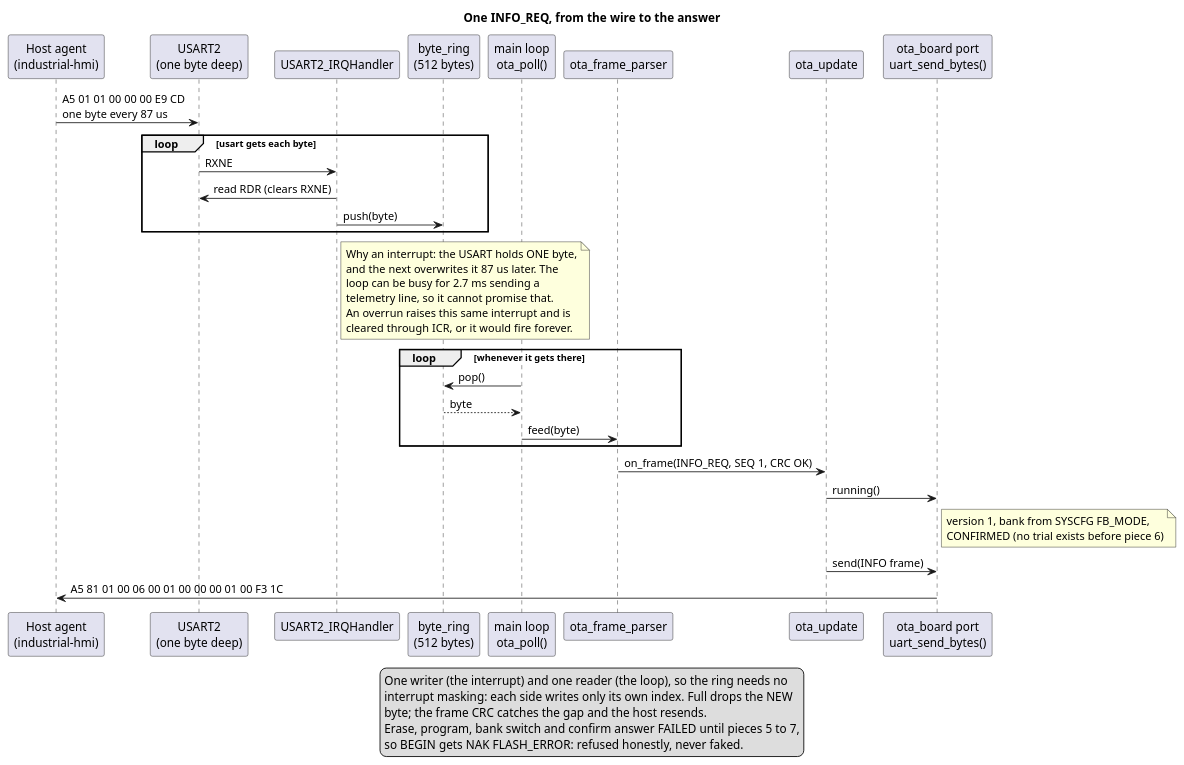
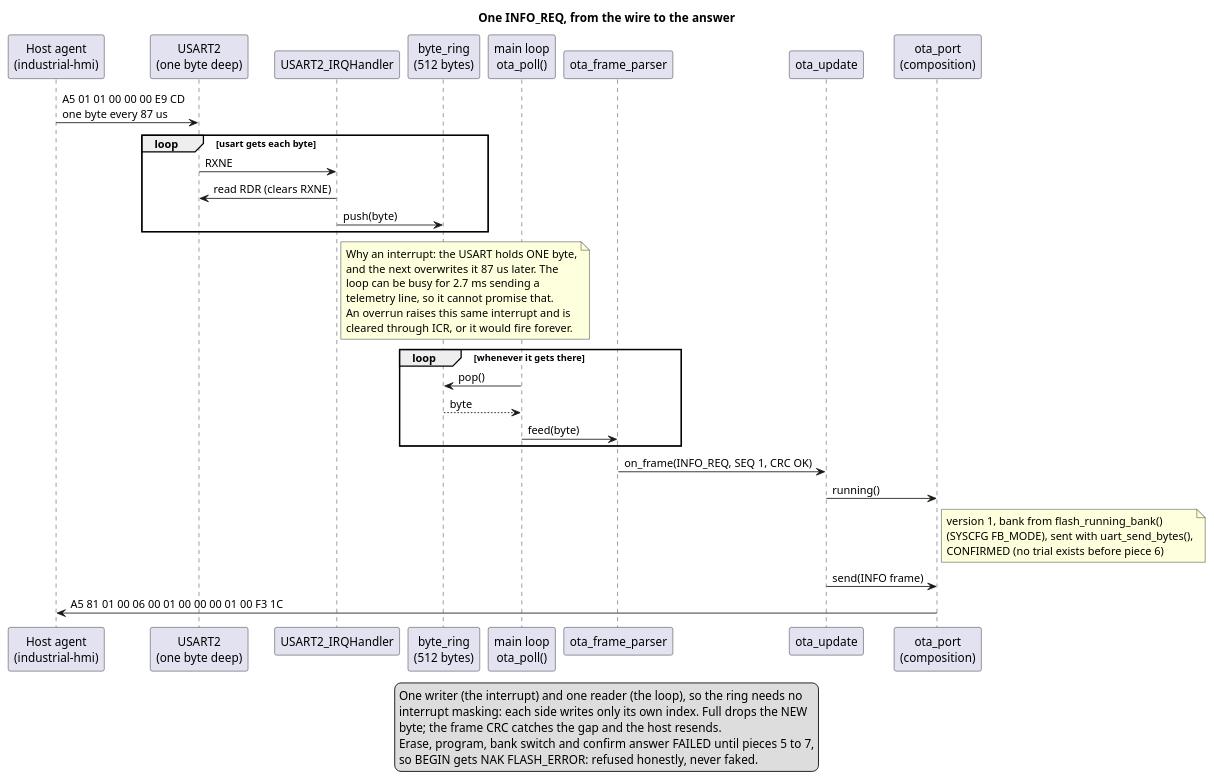
The diagram in docs/uml/ota-uart-rx.puml (bogdanbaloi/hmi-edge-node), drawn with PlantUML before and after one commit. The commit also changed 6 other files, not shown here.

```diff
--- a/docs/uml/ota-uart-rx.puml
+++ b/docs/uml/ota-uart-rx.puml
@@ -1,56 +1,57 @@
 @startuml ota-uart-rx
 ' How a frame from the update agent reaches the state machine, and how the
 ' answer goes back. Grounded in Src/uart.c (USART2_IRQHandler, uart_read_byte),
-' Src/byte_ring.c, Src/main.c (ota_poll) and Src/ota_board.c.
+' Src/byte_ring.c, Src/main.c (ota_poll), Src/ota_port.c and Src/flash.c.
 
 title One INFO_REQ, from the wire to the answer
 
 skinparam shadowing false
 
 participant "Host agent\n(industrial-hmi)" as host
 participant "USART2\n(one byte deep)" as usart
 participant "USART2_IRQHandler" as isr
 participant "byte_ring\n(512 bytes)" as ring
 participant "main loop\nota_poll()" as mainloop
 participant "ota_frame_parser" as parser
 participant "ota_update" as sm
-participant "ota_board port\nuart_send_bytes()" as port
+participant "ota_port\n(composition)" as port
 
 host -> usart : A5 01 01 00 00 00 E9 CD\none byte every 87 us
 loop usart gets each byte
   usart -> isr : RXNE
   isr -> usart : read RDR (clears RXNE)
   isr -> ring : push(byte)
 end
 note right of isr
   Why an interrupt: the USART holds ONE byte,
   and the next overwrites it 87 us later. The
   loop can be busy for 2.7 ms sending a
   telemetry line, so it cannot promise that.
   An overrun raises this same interrupt and is
   cleared through ICR, or it would fire forever.
 end note
 
 loop whenever it gets there
   mainloop -> ring : pop()
   ring --> mainloop : byte
   mainloop -> parser : feed(byte)
 end
 parser -> sm : on_frame(INFO_REQ, SEQ 1, CRC OK)
 sm -> port : running()
 note right of port
-  version 1, bank from SYSCFG FB_MODE,
+  version 1, bank from flash_running_bank()
+  (SYSCFG FB_MODE), sent with uart_send_bytes(),
   CONFIRMED (no trial exists before piece 6)
 end note
 sm -> port : send(INFO frame)
 port -> host : A5 81 01 00 06 00 01 00 00 00 01 00 F3 1C
 
 legend bottom
   One writer (the interrupt) and one reader (the loop), so the ring needs no
   interrupt masking: each side writes only its own index. Full drops the NEW
   byte; the frame CRC catches the gap and the host resends.
   Erase, program, bank switch and confirm answer FAILED until pieces 5 to 7,
   so BEGIN gets NAK FLASH_ERROR: refused honestly, never faked.
 endlegend
 
 @enduml
```
